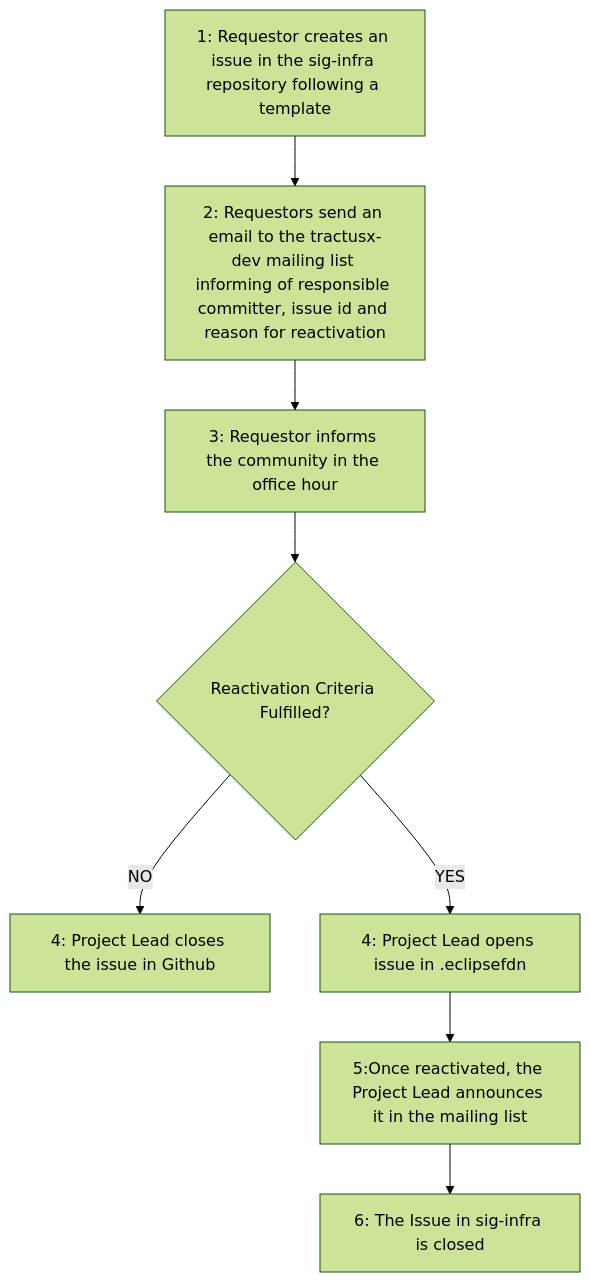
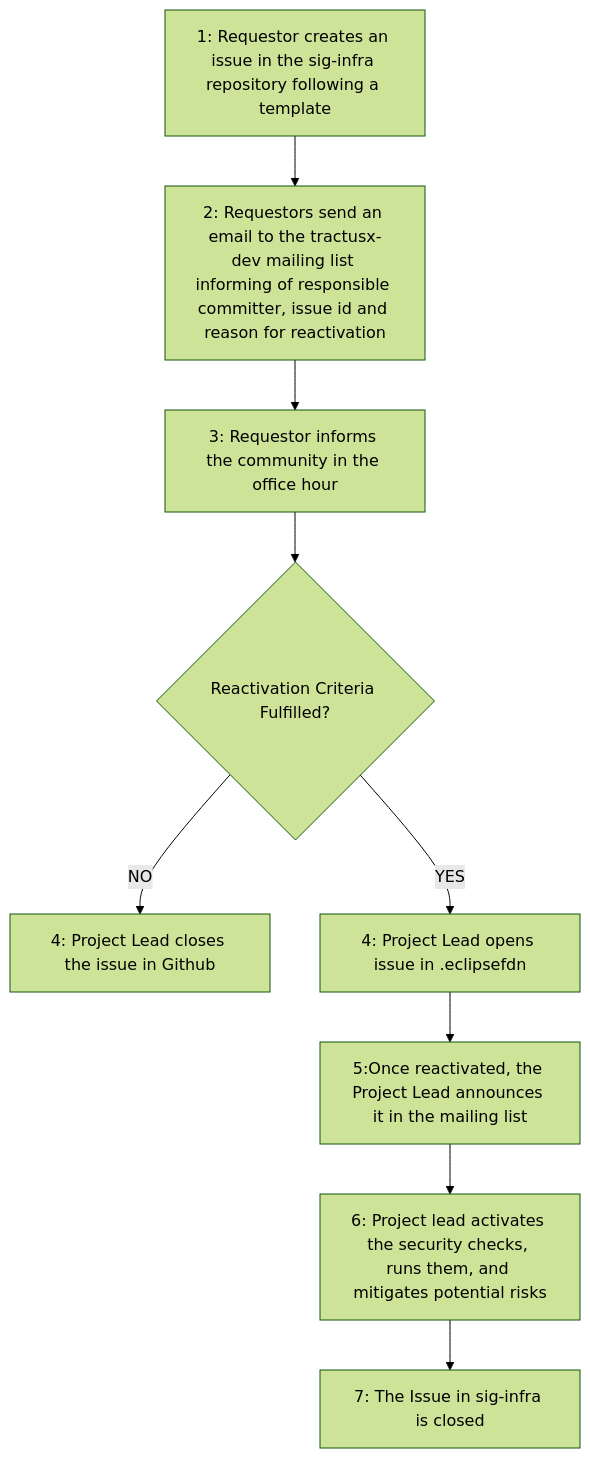
The second of 2 diagrams in docs/release/trg-7/trg-7-09.md (eclipse-tractusx/eclipse-tractusx.github.io), drawn with Mermaid (forest theme) before and after one commit. The commit also changed other lines of this file, not shown here.

Commit message:
add step to activate security check

````diff
--- a/docs/release/trg-7/trg-7-09.md
+++ b/docs/release/trg-7/trg-7-09.md
@@ -105,10 +106,11 @@
 ```mermaid
 flowchart TD
     A[1: Requestor creates an issue in the sig-infra repository following a template] --> B[2: Requestors send an email to the tractusx-dev mailing list informing of responsible committer, issue id and reason for reactivation]
     B --> C[3: Requestor informs the community in the office hour] 
     C --> D{Reactivation Criteria Fulfilled?}
     D --> |NO| E[4: Project Lead closes the issue in Github]
     D --> |YES| F[4: Project Lead opens issue in .eclipsefdn]
     F --> G[5:Once reactivated, the Project Lead announces it in the mailing list]
-    G --> H[6: The Issue in sig-infra is closed]
+    G --> H[6: Project lead activates the security checks, runs them, and mitigates potential risks]
+    H --> I[7: The Issue in sig-infra is closed]
 ```
````
